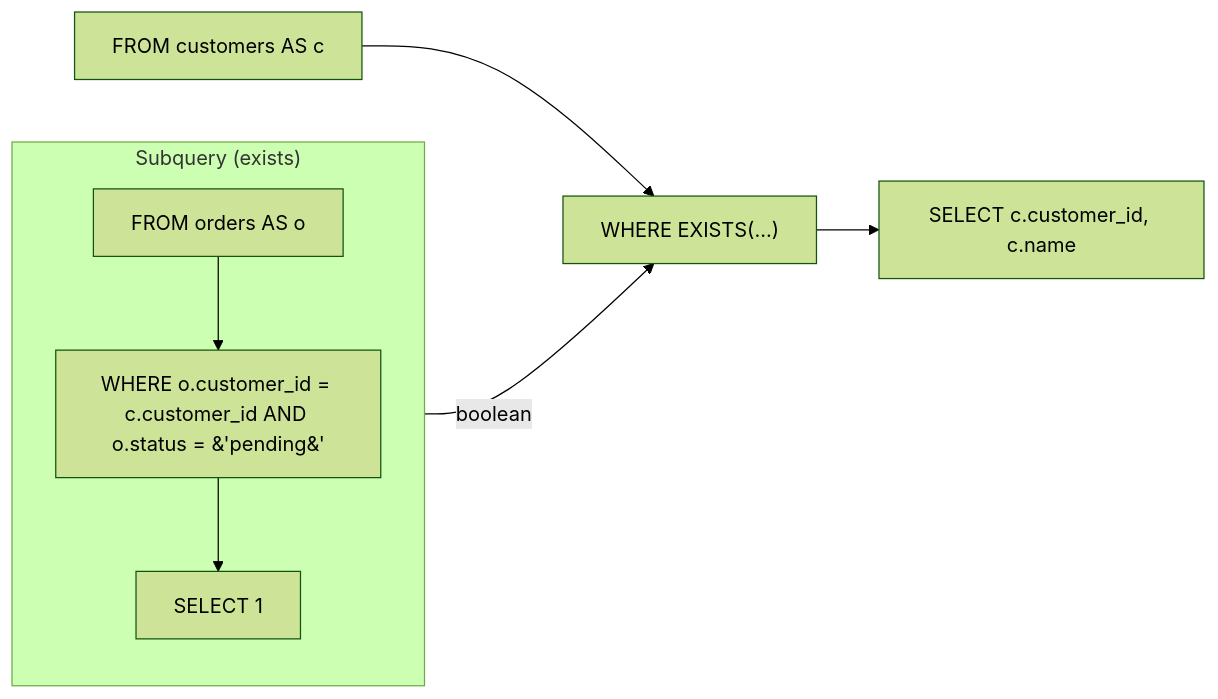
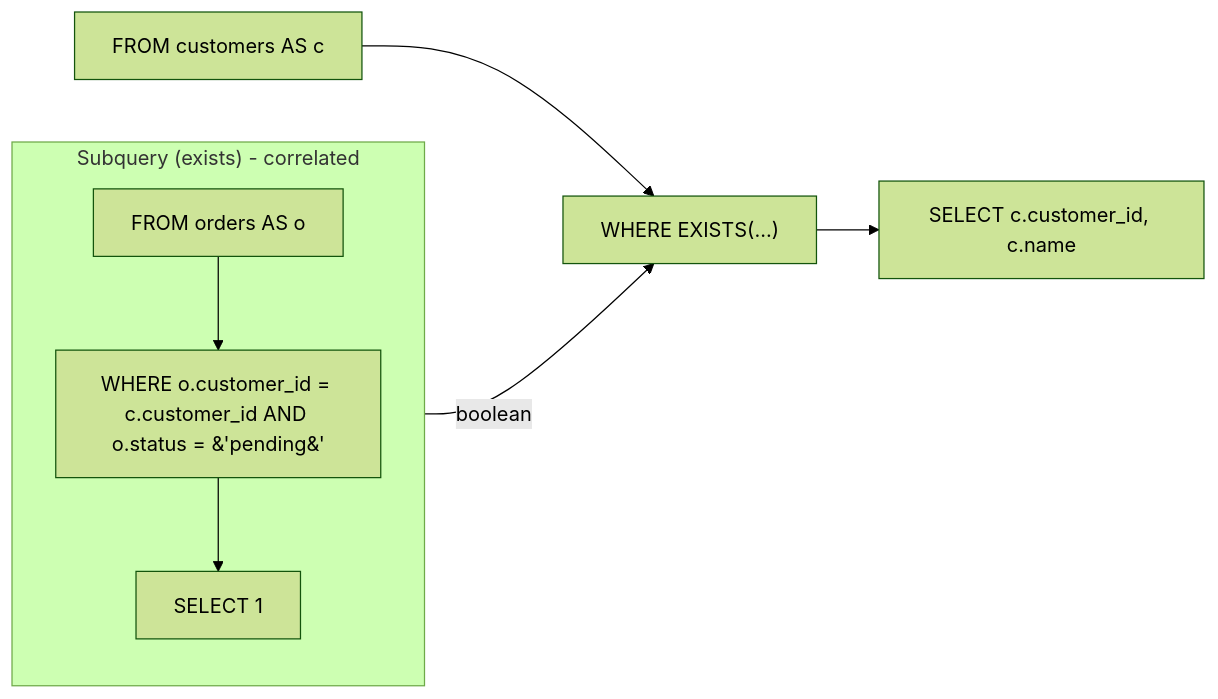
One commit to rot1024/sqloflow changed the diagram in examples/subquery_exists.mmd. Above: the diagram before and after it, drawn with Mermaid (forest theme). The commit also changed 21 other files, not shown here.

Commit message:
feat: support correlated subquery

```diff
--- a/examples/subquery_exists.mmd
+++ b/examples/subquery_exists.mmd
@@ -1,15 +1,15 @@
 flowchart LR
     node_0[FROM customers AS c]
     node_1["WHERE EXISTS(...)"]
-    subgraph subquery_node_2 ["Subquery (exists)"]
+    subgraph subquery_node_2 ["Subquery (exists) - correlated"]
         direction TB
         subq_2_node_0[FROM orders AS o]
         subq_2_node_1["WHERE o.customer_id = c.customer_id AND o.status = &#39;pending&#39;"]
         subq_2_node_2["SELECT 1"]
         subq_2_node_0 --> subq_2_node_1
         subq_2_node_1 --> subq_2_node_2
     end
     subq_2_node_2 -->|boolean| node_1
     node_3["SELECT c.customer_id, c.name"]
     node_0 --> node_1
     node_1 --> node_3
```
